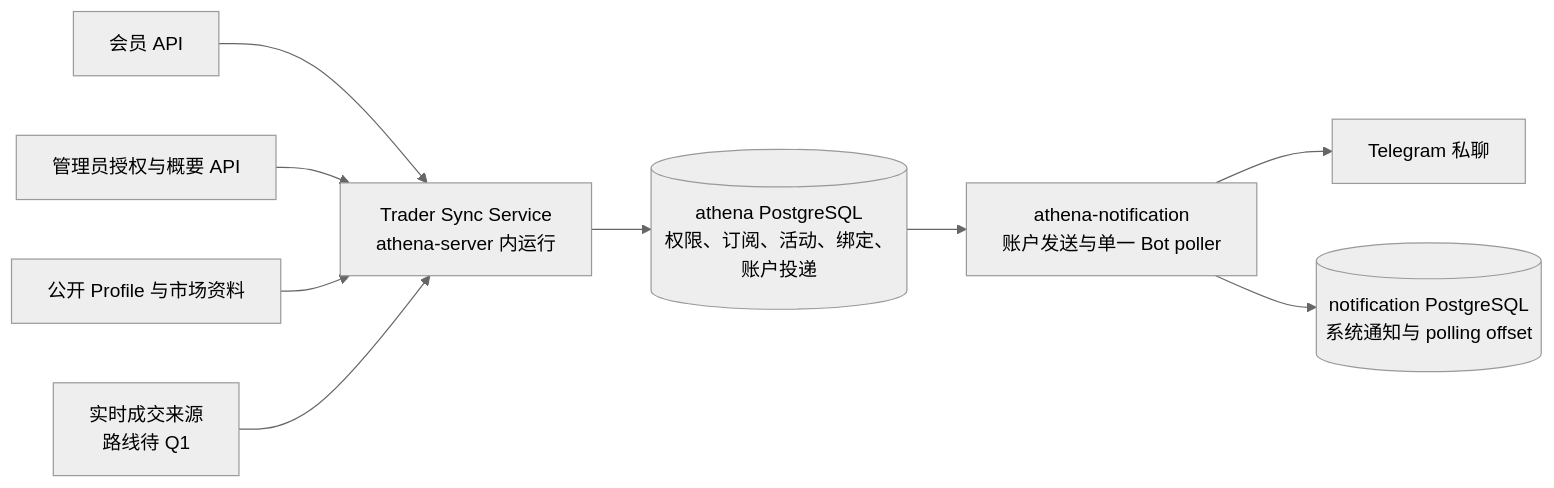
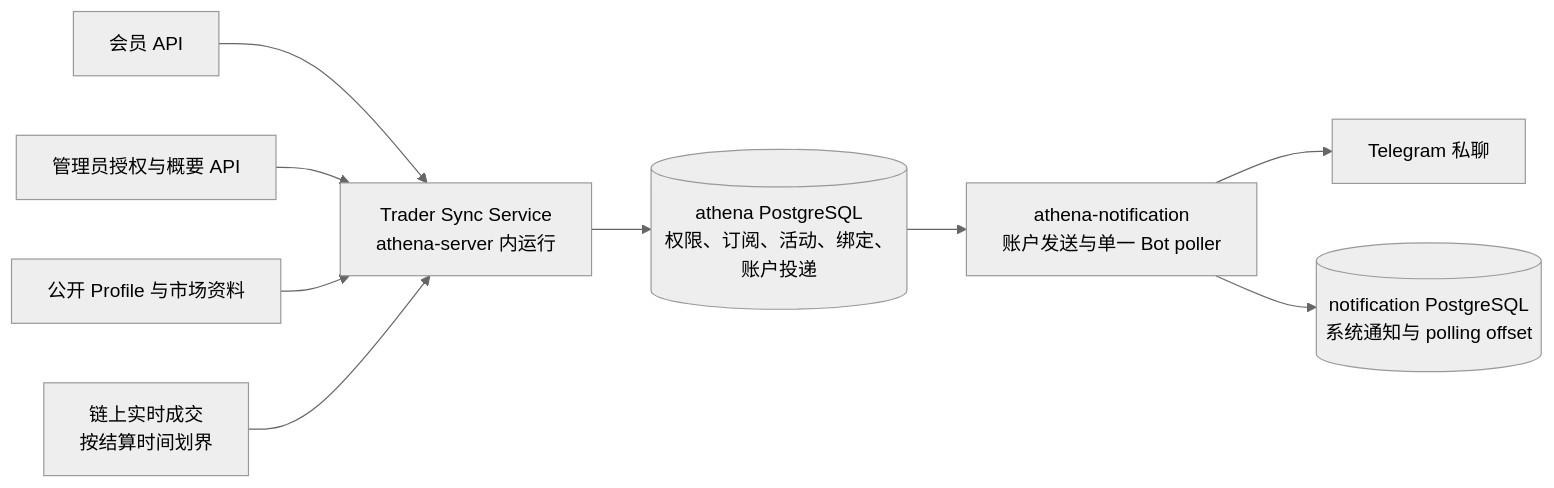
The diagram in docs/design/trading/trader-sync-activity-alerts.md (useryege/athena-o), drawn with Mermaid (neutral theme) before and after one commit. The commit also changed other lines of this file and 6 other files, not shown here.

````diff
--- a/docs/design/trading/trader-sync-activity-alerts.md
+++ b/docs/design/trading/trader-sync-activity-alerts.md
@@ -55,11 +55,11 @@
 ```mermaid
 flowchart LR
     U[会员 API] --> T[Trader Sync Service<br/>athena-server 内运行]
     A[管理员授权与概要 API] --> T
     P[公开 Profile 与市场资料] --> T
-    S[实时成交来源<br/>路线待 Q1] --> T
+    S[链上实时成交<br/>按结算时间划界] --> T
     T --> D[(athena PostgreSQL<br/>权限、订阅、活动、绑定、账户投递)]
     D --> N[athena-notification<br/>账户发送与单一 Bot poller]
     N --> G[Telegram 私聊]
     N --> O[(notification PostgreSQL<br/>系统通知与 polling offset)]
 ```
````
